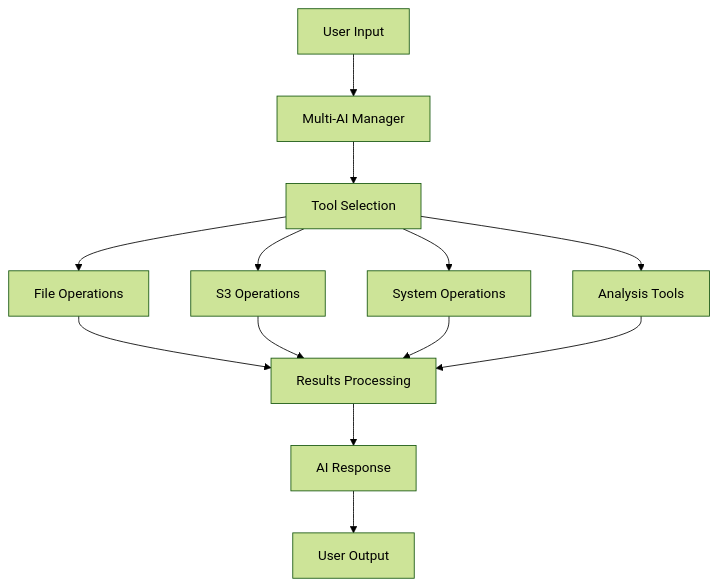
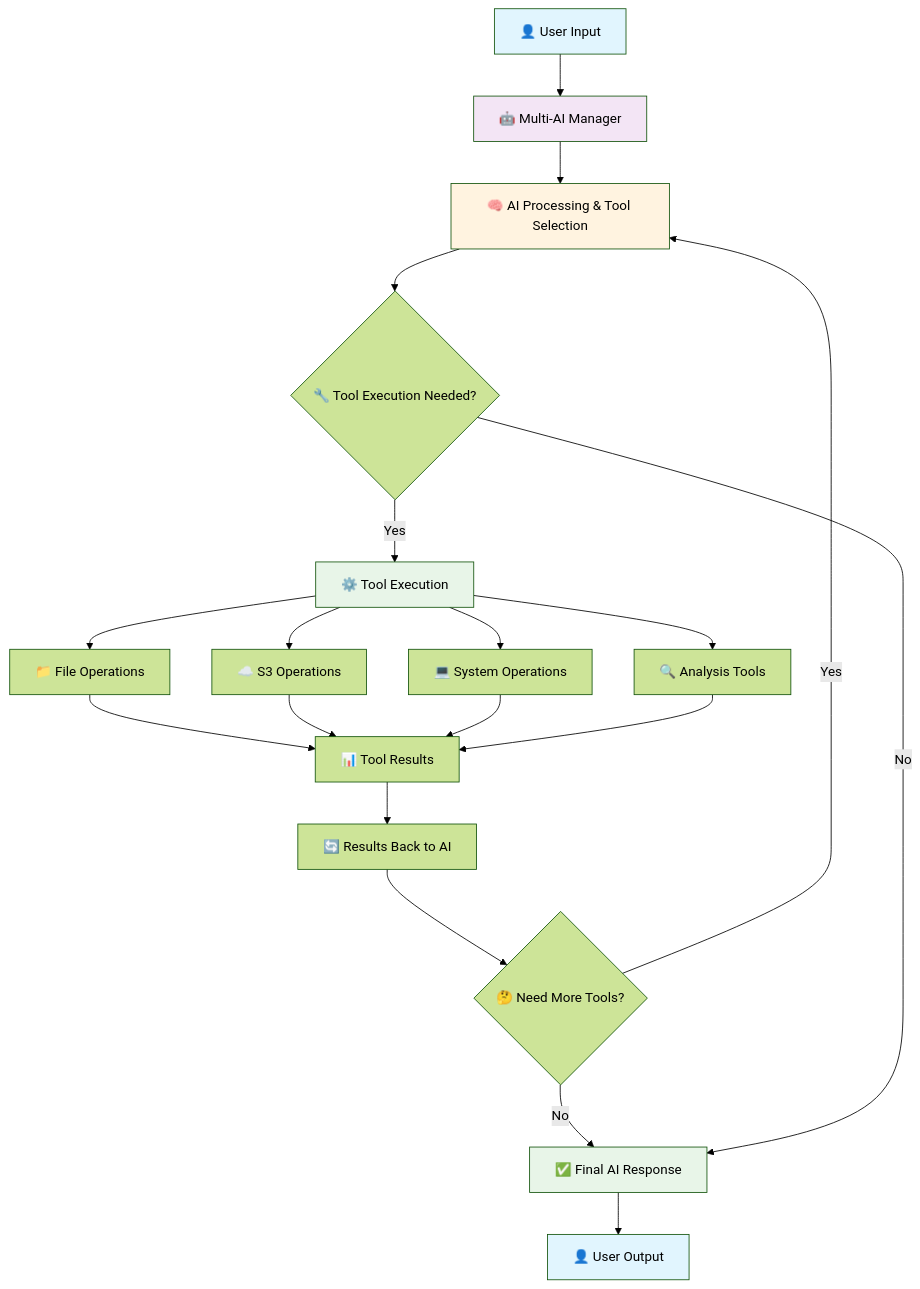
The diagram in README.md (candrapwr/IdSiberAi-CLI), drawn with Mermaid (forest theme) before and after one commit. The commit also changed other lines of this file, not shown here.

Commit message:
update Architecture

````diff
--- a/README.md
+++ b/README.md
@@ -78,15 +78,32 @@
 ```mermaid
-graph TB
-    A[User Input] --> B[Multi-AI Manager]
-    B --> C[Tool Selection]
-    C --> D[File Operations]
-    C --> E[S3 Operations]
-    C --> F[System Operations]
-    C --> G[Analysis Tools]
-    D --> H[Results Processing]
-    E --> H
-    F --> H
-    G --> H
-    H --> I[AI Response]
-    I --> J[User Output]
+flowchart TD
+    A["👤 User Input"] --> B["🤖 Multi-AI Manager"]
+    B --> C["🧠 AI Processing & Tool Selection"]
+    C --> D{"🔧 Tool Execution Needed?"}
+    
+    D -->|"Yes"| E["⚙️ Tool Execution"]
+    E --> F["📁 File Operations"]
+    E --> G["☁️ S3 Operations"]
+    E --> H["💻 System Operations"]
+    E --> I["🔍 Analysis Tools"]
+    
+    F --> J["📊 Tool Results"]
+    G --> J
+    H --> J
+    I --> J
+    
+    J --> K["🔄 Results Back to AI"]
+    K --> L{"🤔 Need More Tools?"}
+    L -->|"Yes"| C
+    L -->|"No"| M["✅ Final AI Response"]
+    
+    D -->|"No"| M
+    M --> N["👤 User Output"]
+    
+    style A fill:#e1f5fe
+    style B fill:#f3e5f5
+    style C fill:#fff3e0
+    style E fill:#e8f5e8
+    style M fill:#e8f5e8
+    style N fill:#e1f5fe
 ```
````
